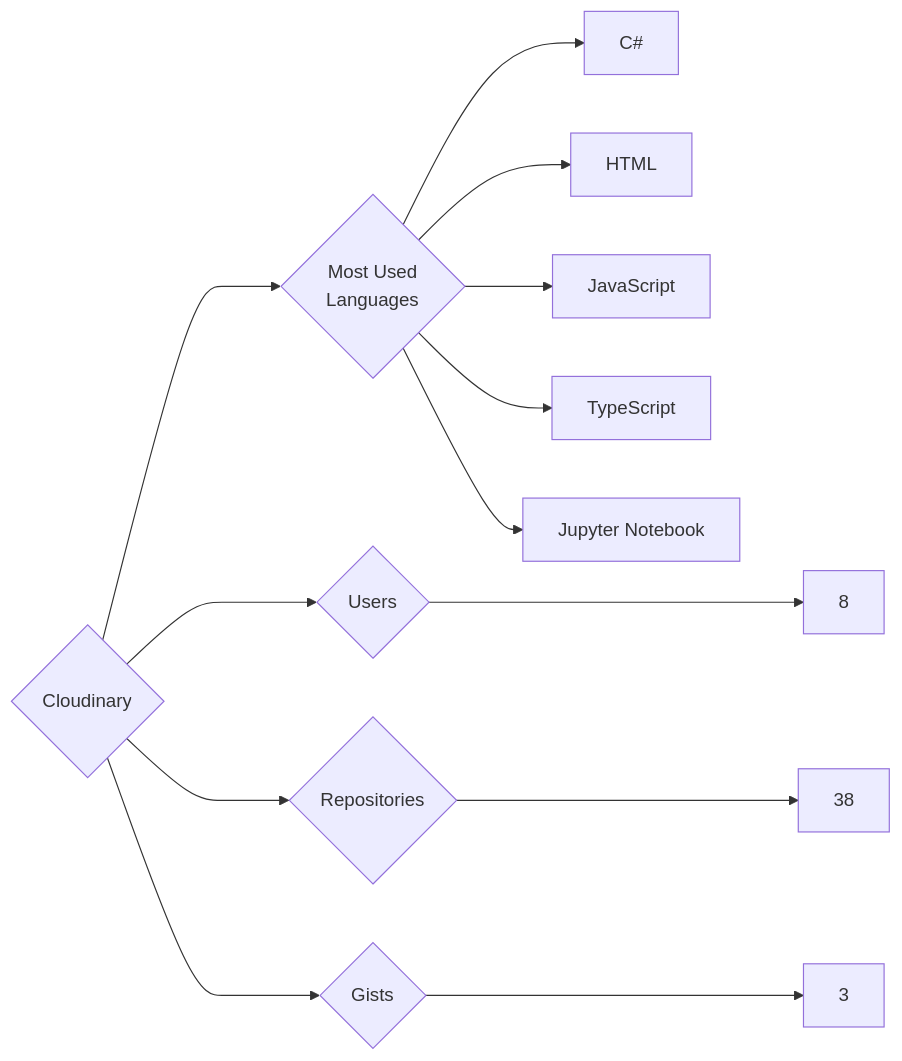
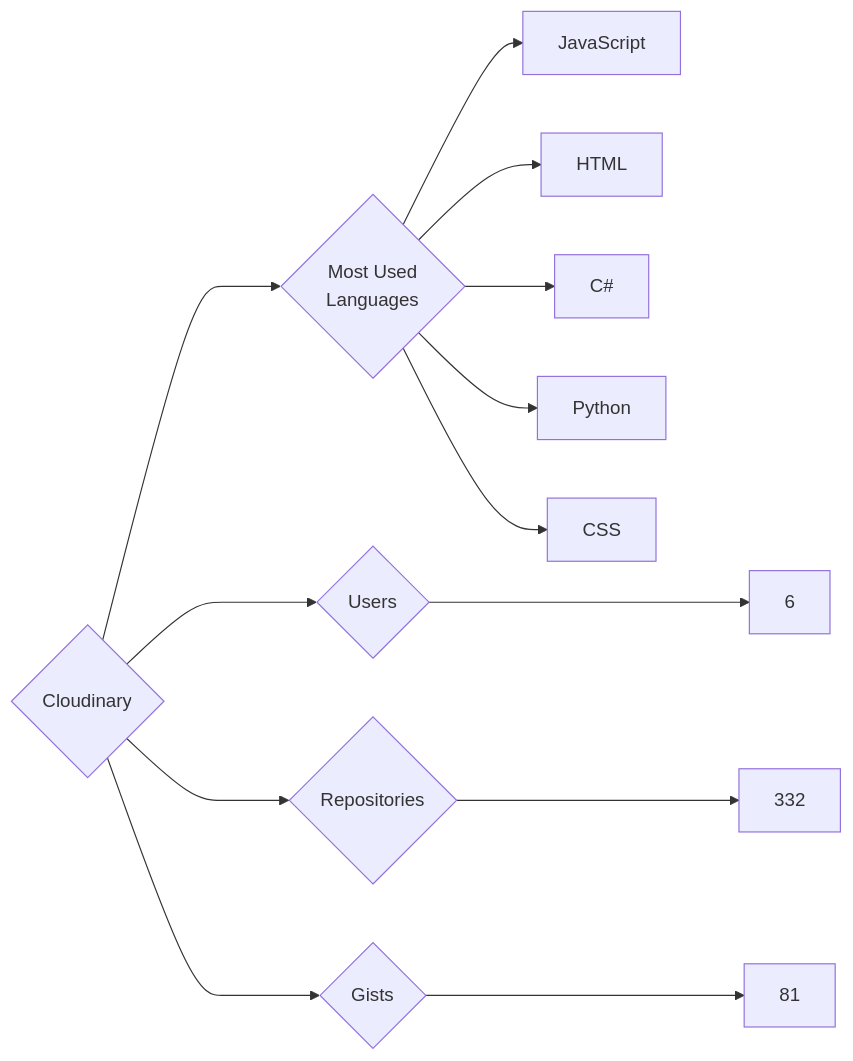
Before and after one commit to trickest/insiders: the diagram in targets/Cloudinary/README.md, drawn with Mermaid. The commit also changed 1084 other files, not shown here.

````diff
--- a/targets/Cloudinary/README.md
+++ b/targets/Cloudinary/README.md
@@ -3,13 +3,13 @@
 ```mermaid
 graph LR
 COMPANY_NAME{Cloudinary}
-COMPANY_NAME ---> U{Users} ---> UN[8]
-COMPANY_NAME ---> R{Repositories} ---> RN[38]
-COMPANY_NAME ---> G{Gists} ---> GN[3]
+COMPANY_NAME ---> U{Users} ---> UN[6]
+COMPANY_NAME ---> R{Repositories} ---> RN[332]
+COMPANY_NAME ---> G{Gists} ---> GN[81]
 COMPANY_NAME ---> ML{Most Used<br>Languages}
+ML --> JavaScript[JavaScript]
+ML --> HTML[HTML]
 ML --> C#[C#]
-ML --> HTML[HTML]
-ML --> JavaScript[JavaScript]
-ML --> TypeScript[TypeScript]
-ML --> Jupyter_Notebook[Jupyter Notebook]
+ML --> Python[Python]
+ML --> CSS[CSS]
 ```
````
